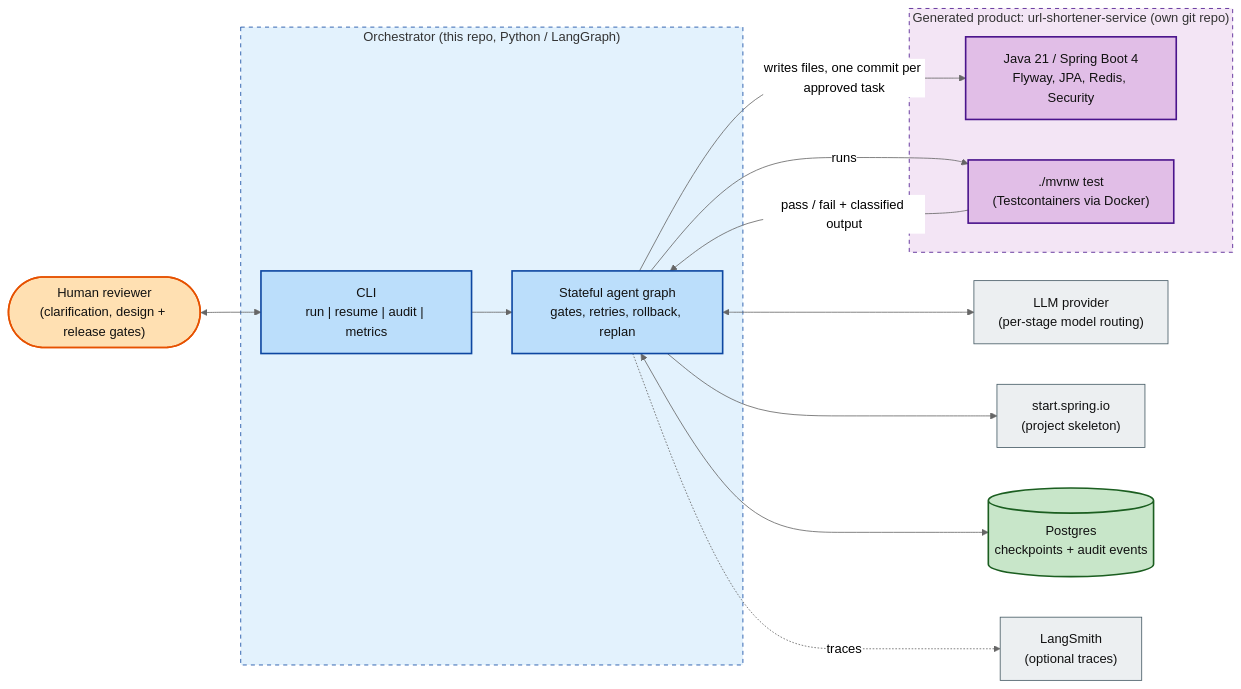
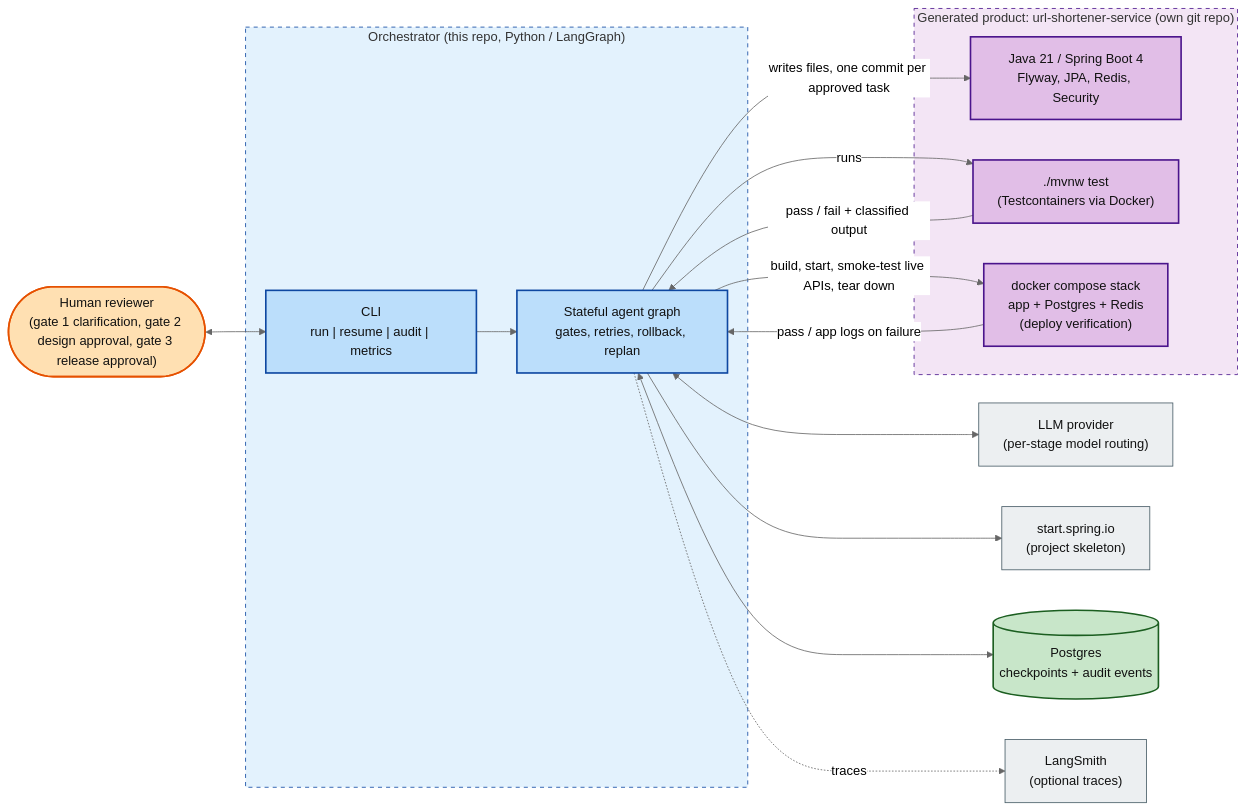
The first of 5 diagrams in README.md (ajayrahul11/agentic-sdlc-system), drawn with Mermaid (neutral theme) before and after one commit. The commit also changed other lines of this file and 6 other files, not shown here.

````diff
--- a/README.md
+++ b/README.md
@@ -173,37 +302,40 @@
 ```mermaid
 flowchart LR
-    human(["Human reviewer<br/>(clarification, design + release gates)"])
+    human(["Human reviewer<br/>(gate 1 clarification, gate 2 design approval, gate 3 release approval)"])
     subgraph orch["Orchestrator (this repo, Python / LangGraph)"]
         cli["CLI<br/>run | resume | audit | metrics"]
         engine["Stateful agent graph<br/>gates, retries, rollback, replan"]
     end
     llm["LLM provider<br/>(per-stage model routing)"]
     init["start.spring.io<br/>(project skeleton)"]
     pg[("Postgres<br/>checkpoints + audit events")]
     ls["LangSmith<br/>(optional traces)"]
     subgraph product["Generated product: url-shortener-service (own git repo)"]
         code["Java 21 / Spring Boot 4<br/>Flyway, JPA, Redis, Security"]
         mvn["./mvnw test<br/>(Testcontainers via Docker)"]
+        stack["docker compose stack<br/>app + Postgres + Redis<br/>(deploy verification)"]
     end
     human <--> cli
     cli --> engine
     engine <--> llm
     engine --> init
     engine <--> pg
     engine -. traces .-> ls
     engine -->|"writes files, one commit per approved task"| code
     engine -->|"runs"| mvn
     mvn -->|"pass / fail + classified output"| engine
+    engine -->|"build, start, smoke-test live APIs, tear down"| stack
+    stack -->|"pass / app logs on failure"| engine
     classDef person fill:#FFE0B2,stroke:#E65100,stroke-width:2px,color:#111
     classDef core fill:#BBDEFB,stroke:#0D47A1,stroke-width:2px,color:#111
     classDef ext fill:#ECEFF1,stroke:#455A64,color:#111
     classDef store fill:#C8E6C9,stroke:#1B5E20,stroke-width:2px,color:#111
     classDef prod fill:#E1BEE7,stroke:#4A148C,stroke-width:2px,color:#111
     class human person
     class cli,engine core
     class llm,init,ls ext
     class pg store
-    class code,mvn prod
+    class code,mvn,stack prod
     style orch fill:#E3F2FD,stroke:#0D47A1,stroke-dasharray: 5 5
     style product fill:#F3E5F5,stroke:#4A148C,stroke-dasharray: 5 5
 ```
````
